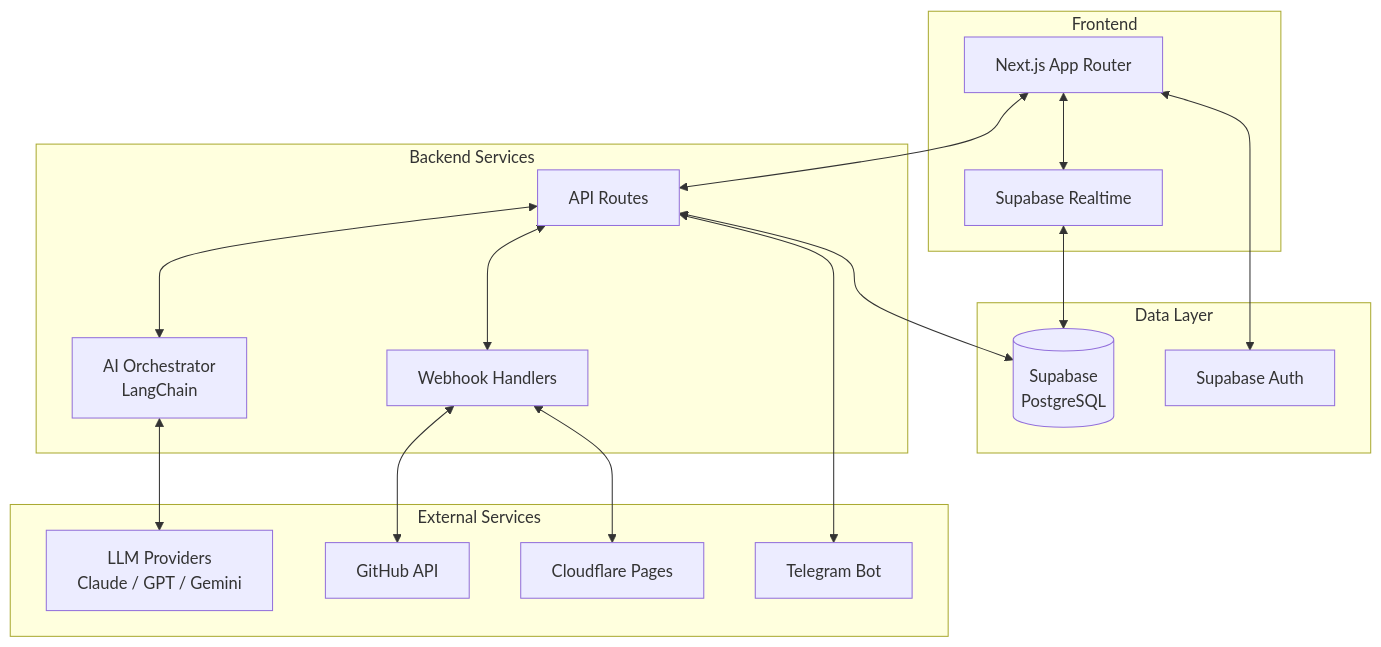
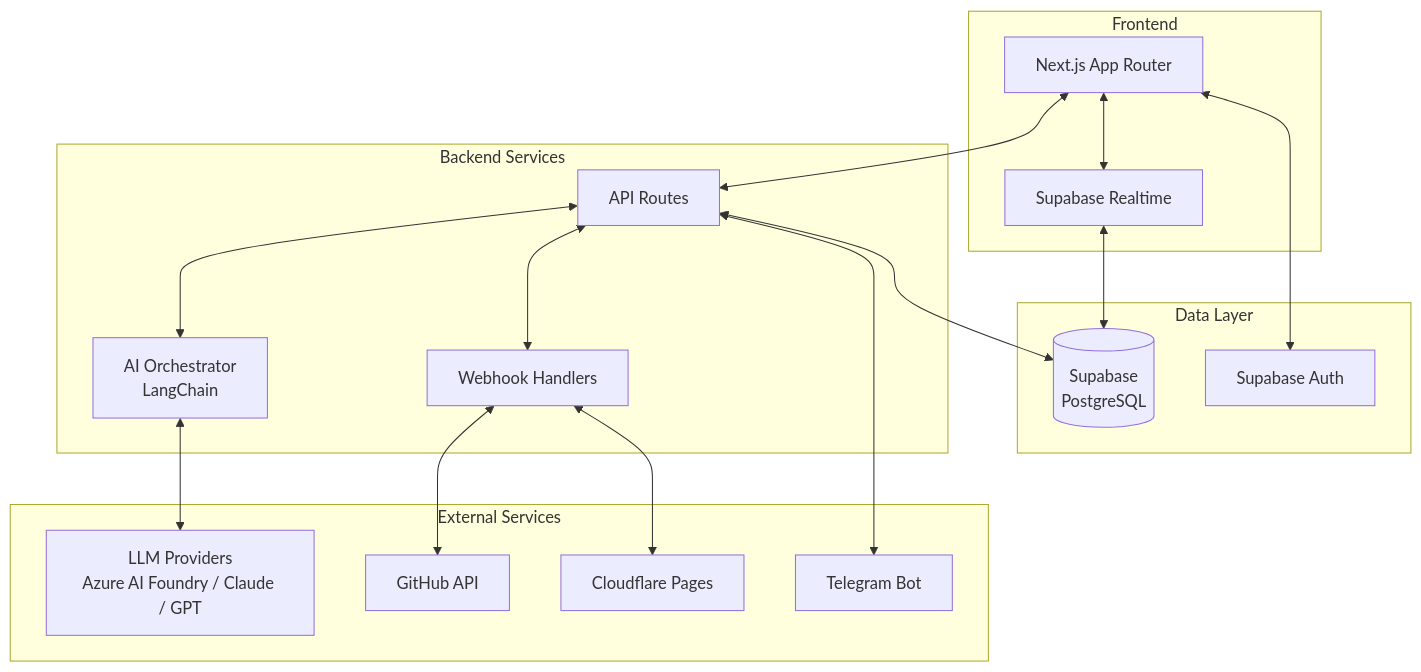
One commit to JeevantheDev/ShipBrain changed the third of 18 diagrams in SHIPBRAIN_PRD_FINAL.md. Above: the diagram before and after it, drawn with Mermaid. The commit also changed other lines of this file, not shown here.

First line of the commit message:
Update PRD: Remove Google/Gemini, add Supabase GitHub Auth, fix model name

````diff
--- a/SHIPBRAIN_PRD_FINAL.md
+++ b/SHIPBRAIN_PRD_FINAL.md
@@ -122,37 +123,37 @@
 ```mermaid
 flowchart TB
     subgraph "Frontend"
         UI[Next.js App Router]
         RT[Supabase Realtime]
     end
 
     subgraph "Backend Services"
         API[API Routes]
         AI[AI Orchestrator<br/>LangChain]
         WH[Webhook Handlers]
     end
 
     subgraph "External Services"
         GH[GitHub API]
         CF[Cloudflare Pages]
         TG[Telegram Bot]
-        LLM[LLM Providers<br/>Claude / GPT / Gemini]
+        LLM[LLM Providers<br/>Azure AI Foundry / Claude / GPT]
     end
 
     subgraph "Data Layer"
         SB[(Supabase<br/>PostgreSQL)]
         AUTH[Supabase Auth]
     end
 
     UI <--> API
     UI <--> RT
     API <--> AI
     API <--> WH
     AI <--> LLM
     WH <--> GH
     WH <--> CF
     API <--> TG
     API <--> SB
     UI <--> AUTH
     RT <--> SB
 ```
````
